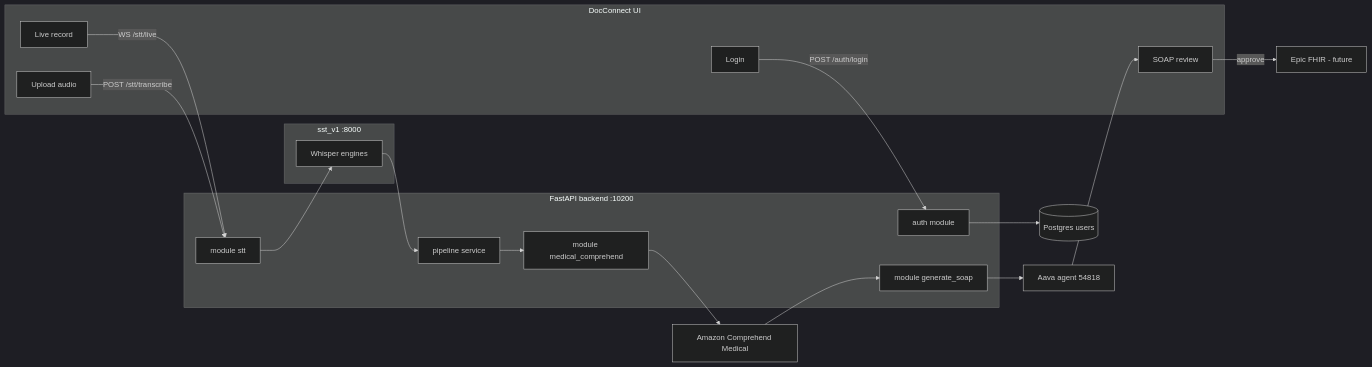
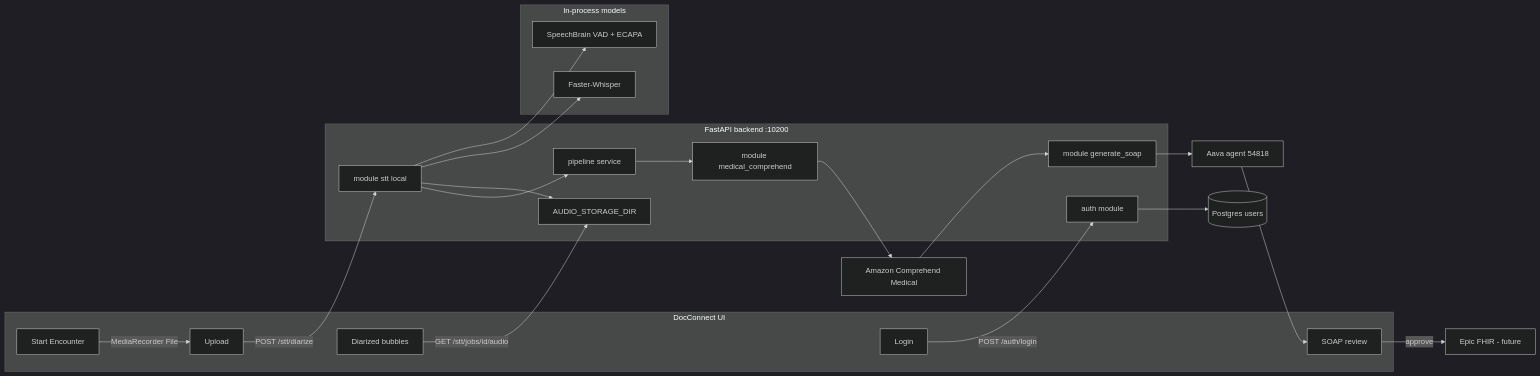
One commit to ajinkya-bhushan/outpatient-system changed the second of 2 diagrams in docs/FEATURE_SPEC.md. Above: the diagram before and after it, drawn with Mermaid (dark theme). The commit also changed other lines of this file and 72 other files, not shown here.

````diff
--- a/docs/FEATURE_SPEC.md
+++ b/docs/FEATURE_SPEC.md
@@ -1042,37 +1224,43 @@
 ```mermaid
 flowchart LR
     subgraph ui [DocConnect UI]
         Login[Login]
-        Rec[Live record]
-        Up[Upload audio]
+        Rec[Start Encounter]
+        Up[Upload]
+        Bubbles[Diarized bubbles]
         Rev[SOAP review]
     end
 
     subgraph backend [FastAPI backend :10200]
         Auth[auth module]
-        STTmod[module stt]
+        STTmod[module stt local]
+        Store[AUDIO_STORAGE_DIR]
         CMmod[module medical_comprehend]
         SOAPmod[module generate_soap]
         Pipe[pipeline service]
     end
 
-    subgraph sttSvc [sst_v1 :8000]
-        Whisper[Whisper engines]
+    subgraph models [In-process models]
+        SB[SpeechBrain VAD + ECAPA]
+        FW[Faster-Whisper]
     end
 
     DB[(Postgres users)]
     AWS[Amazon Comprehend Medical]
     Aava[Aava agent 54818]
     EHR[Epic FHIR - future]
 
     Login -->|POST /auth/login| Auth
     Auth --> DB
-    Rec -->|WS /stt/live| STTmod
-    Up -->|POST /stt/transcribe| STTmod
-    STTmod --> Whisper
-    Whisper --> Pipe
+    Rec -->|MediaRecorder File| Up
+    Up -->|POST /stt/diarize| STTmod
+    STTmod --> SB
+    STTmod --> FW
+    STTmod --> Store
+    Bubbles -->|GET /stt/jobs/id/audio| Store
+    STTmod --> Pipe
     Pipe --> CMmod --> AWS
     AWS --> SOAPmod --> Aava
     Aava --> Rev
     Rev -->|approve| EHR
 ```
````
